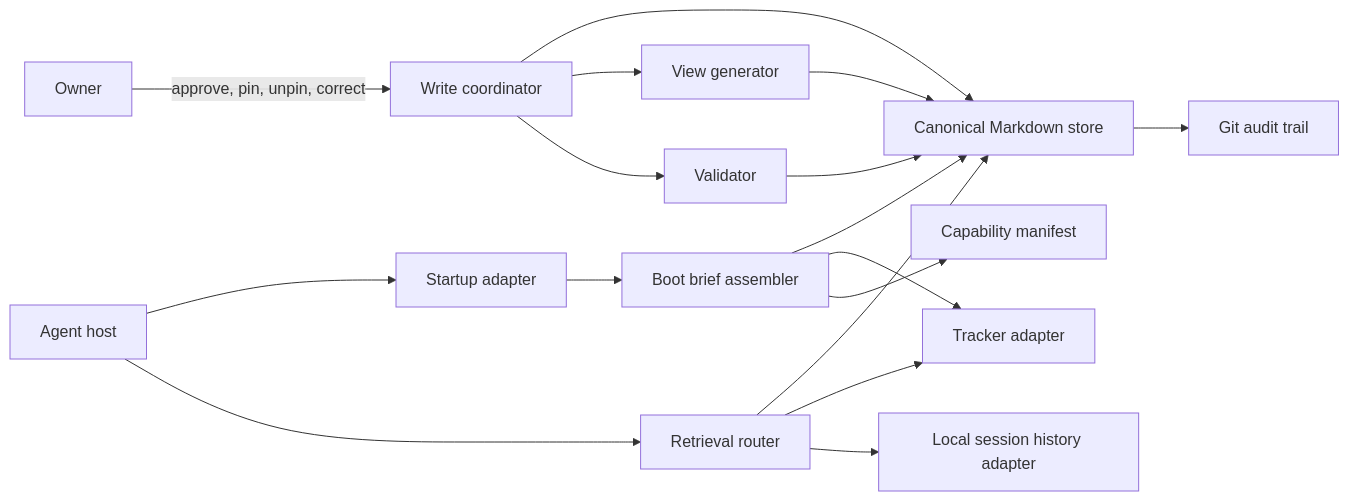
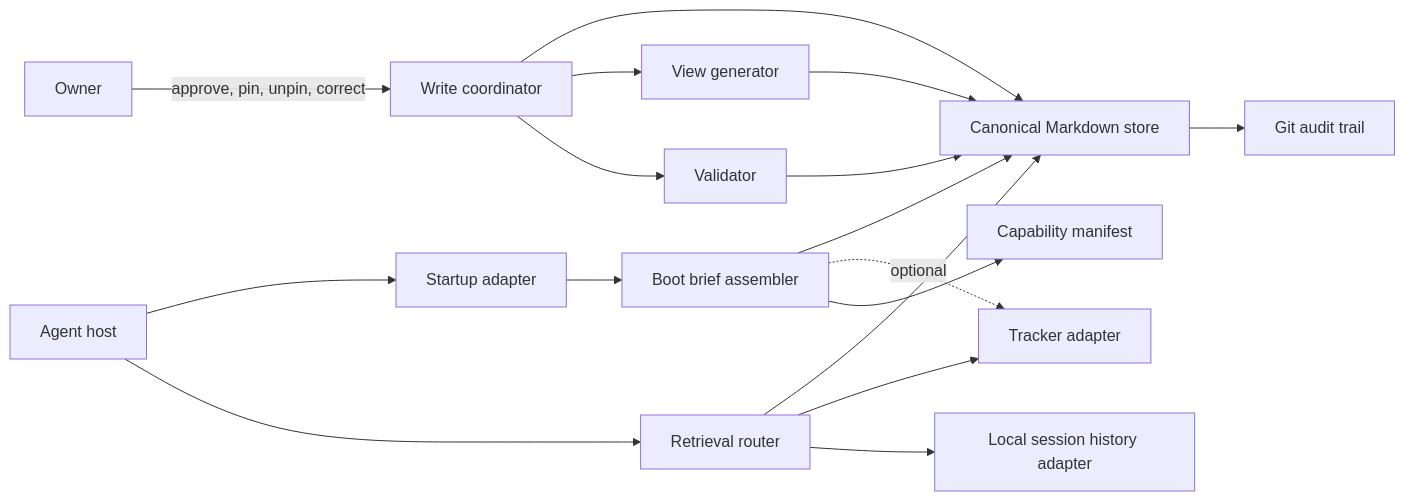
Before and after one commit to Mar5929/claude-toolkit: the diagram in work-items/memory-redesign/memory-system-v2-master-technical-architecture.md, drawn with Mermaid. The commit also changed other lines of this file and 9 other files, not shown here.

```diff
--- a/work-items/memory-redesign/memory-system-v2-master-technical-architecture.md
+++ b/work-items/memory-redesign/memory-system-v2-master-technical-architecture.md
@@ -129,19 +138,19 @@
 ~~~mermaid
 flowchart LR
     O[Owner] -->|approve, pin, unpin, correct| WC[Write coordinator]
     H[Agent host] --> SA[Startup adapter]
     SA --> BA[Boot brief assembler]
     BA --> CS[Canonical Markdown store]
-    BA --> TA[Tracker adapter]
+    BA -.->|optional| TA[Tracker adapter]
     BA --> CM[Capability manifest]
     H --> RR[Retrieval router]
     RR --> CS
     RR --> TA
     RR --> SH[Local session history adapter]
     WC --> CS
     WC --> VG[View generator]
     WC --> V[Validator]
     VG --> CS
     V --> CS
     CS --> G[Git audit trail]
 ~~~
```
